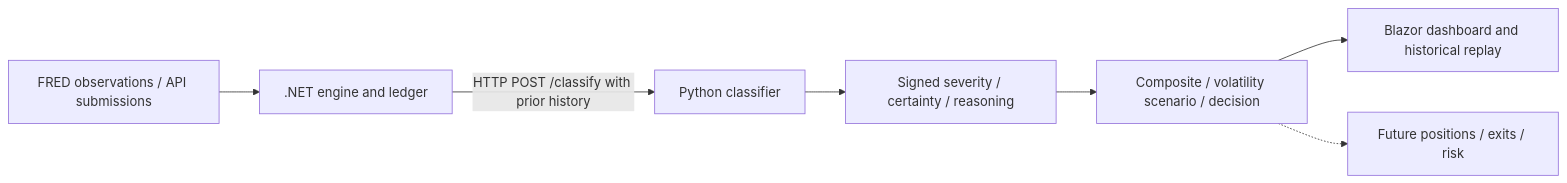
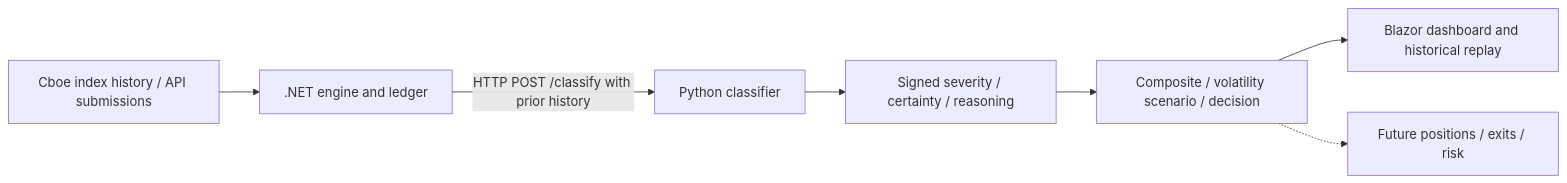
The diagram in README.md (raadupop/primescore-markets), drawn with Mermaid before and after one commit. The commit also changed other lines of this file and 244 other files, not shown here.

````diff
--- a/README.md
+++ b/README.md
@@ -9,9 +9,9 @@
 ```mermaid
 flowchart LR
-    R[FRED observations / API submissions] --> N[.NET engine and ledger]
+    R[Cboe index history / API submissions] --> N[.NET engine and ledger]
     N -->|HTTP POST /classify with prior history| C[Python classifier]
     C --> S[Signed severity / certainty / reasoning]
     S --> V[Composite / volatility scenario / decision]
     V --> U[Blazor dashboard and historical replay]
     V -.-> P[Future positions / exits / risk]
 ```
````
